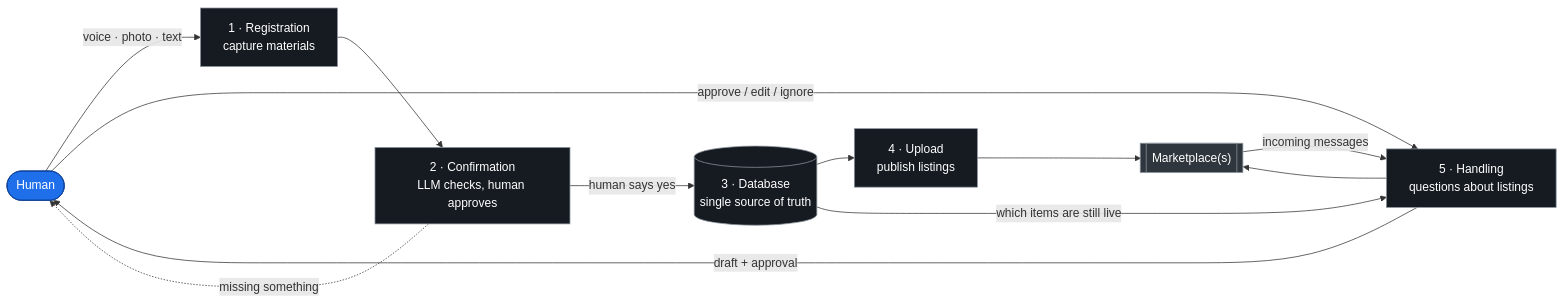
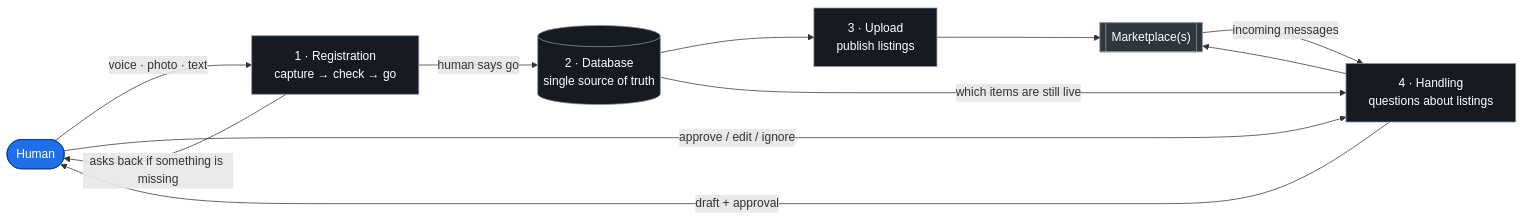
One commit to Dorten8/secondhand-ops changed the first of 6 diagrams in docs/architecture.md. Above: the diagram before and after it, drawn with Mermaid. The commit also changed other lines of this file and 1 other file, not shown here.

First line of the commit message:
docs(architecture): merge confirmation into registration — four stages

````diff
--- a/docs/architecture.md
+++ b/docs/architecture.md
@@ -16,26 +16,24 @@
 ```mermaid
 flowchart LR
     H(["Human"]):::human
-    REG["1 · Registration<br/>capture materials"]:::stage
-    CONF["2 · Confirmation<br/>LLM checks, human approves"]:::stage
-    DB[("3 · Database<br/>single source of truth")]:::stage
-    UPL["4 · Upload<br/>publish listings"]:::stage
-    HAND["5 · Handling<br/>questions about listings"]:::stage
+    REG["1 · Registration<br/>capture → check → go"]:::stage
+    DB[("2 · Database<br/>single source of truth")]:::stage
+    UPL["3 · Upload<br/>publish listings"]:::stage
+    HAND["4 · Handling<br/>questions about listings"]:::stage
     EXT[["Marketplace(s)"]]:::ext
 
     H -->|"voice · photo · text"| REG
-    REG --> CONF
-    CONF -->|"human says yes"| DB
-    CONF -.->|"missing something"| H
+    REG -->|"asks back if something is missing"| H
+    REG -->|"human says go"| DB
     DB --> UPL
     UPL --> EXT
     EXT -->|"incoming messages"| HAND
     DB -->|"which items are still live"| HAND
     HAND -->|"draft + approval"| H
     H -->|"approve / edit / ignore"| HAND
     HAND --> EXT
 
     classDef human fill:#1f6feb,stroke:#0b3d91,color:#fff
     classDef stage fill:#161b22,stroke:#8b949e,color:#fff
     classDef ext fill:#30363d,stroke:#8b949e,color:#fff
 ```
````
